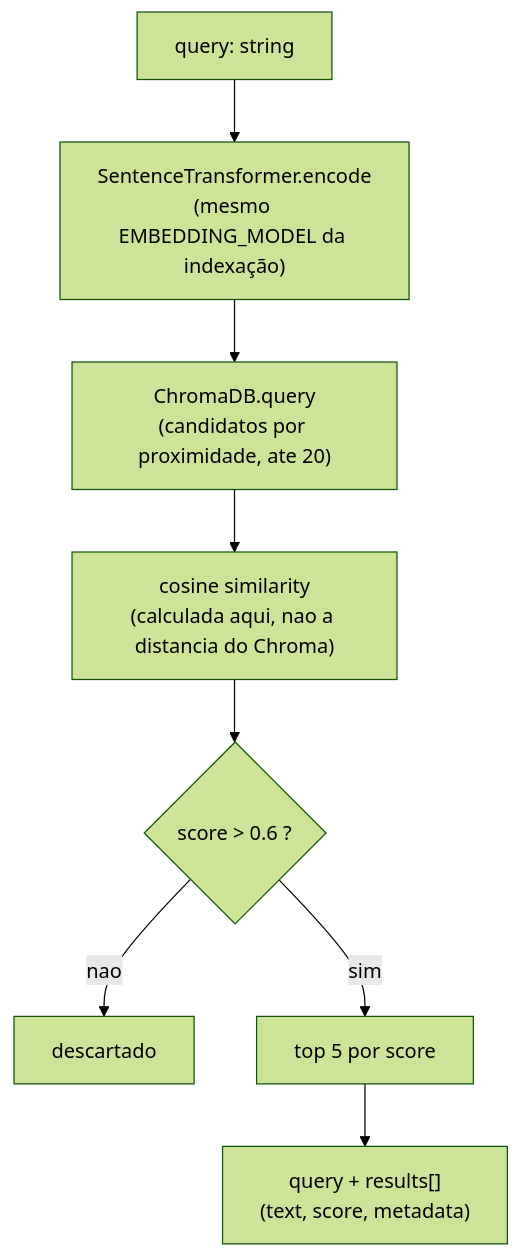
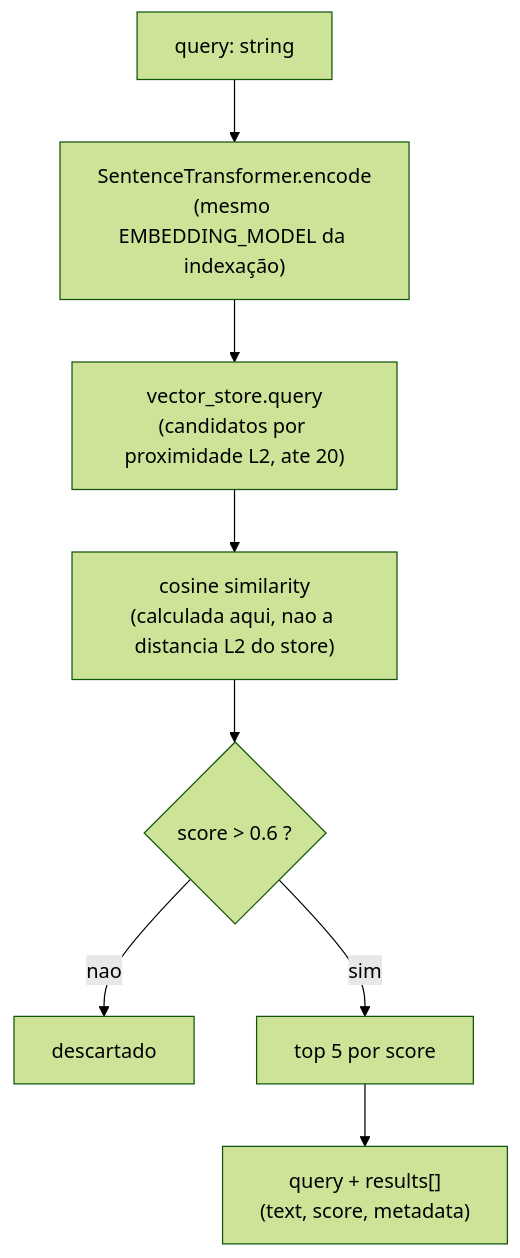
Before and after one commit to ronaldosimeone/tcc-project: the fifth of 15 diagrams in README.md, drawn with Mermaid (forest theme). The commit also changed other lines of this file and 31 other files, not shown here.

````diff
--- a/README.md
+++ b/README.md
@@ -532,10 +532,10 @@
 ```mermaid
 flowchart TD
     Q["query: string"] --> ENC["SentenceTransformer.encode<br/>(mesmo EMBEDDING_MODEL da indexação)"]
-    ENC --> CAND["ChromaDB.query<br/>(candidatos por proximidade, ate 20)"]
-    CAND --> SCORE["cosine similarity<br/>(calculada aqui, nao a distancia do Chroma)"]
+    ENC --> CAND["vector_store.query<br/>(candidatos por proximidade L2, ate 20)"]
+    CAND --> SCORE["cosine similarity<br/>(calculada aqui, nao a distancia L2 do store)"]
     SCORE --> FILTER{"score > 0.6 ?"}
     FILTER -->|"nao"| DROP["descartado"]
     FILTER -->|"sim"| TOP5["top 5 por score"]
     TOP5 --> RESP["query + results[]<br/>(text, score, metadata)"]
 ```
````
